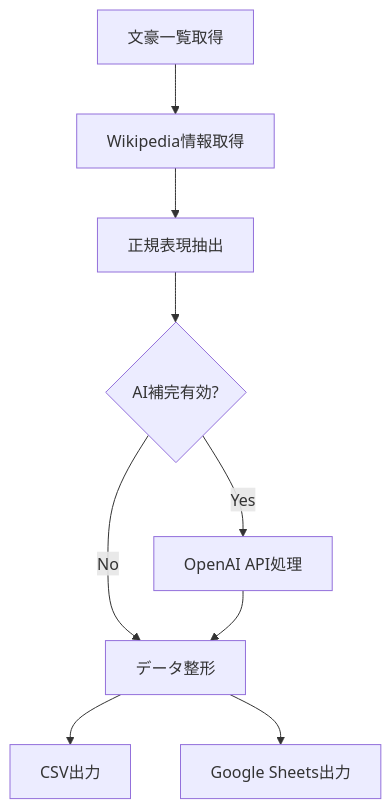
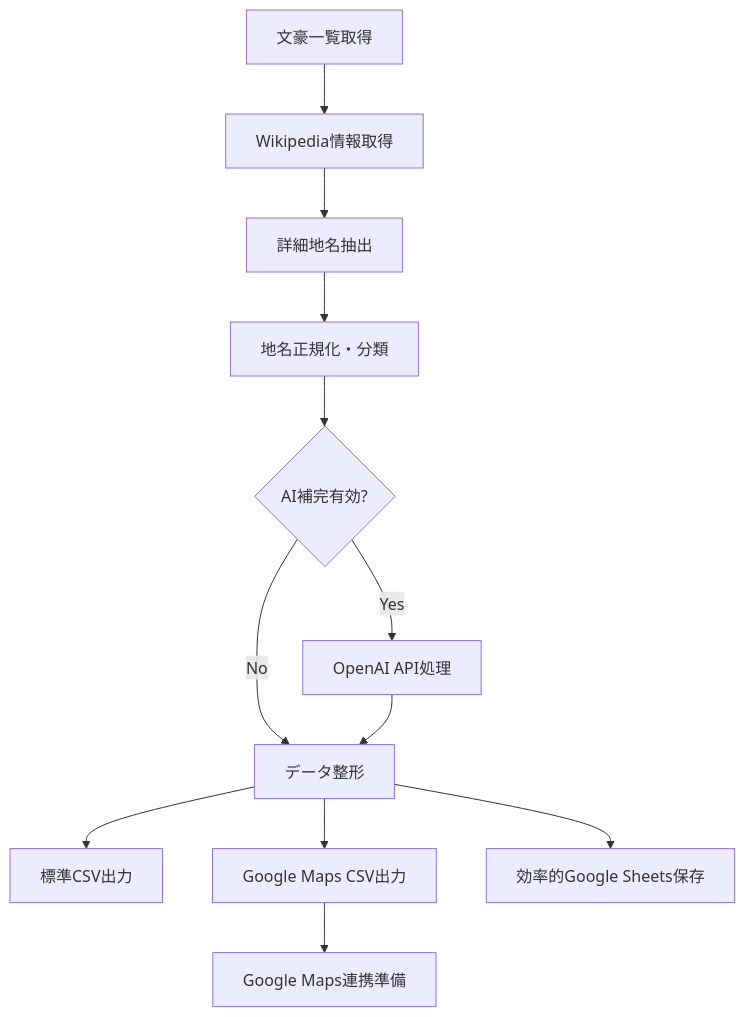
Before and after one commit to m37335/bungo_project: the diagram in README.md, drawn with Mermaid. The commit also changed other lines of this file and 4 other files, not shown here.

Commit message:
詳細住所対応版リリース - Google Maps連携機能実装: 市区町村・記念館・文学施設抽出, Maps準備率78.9%, デュアルCSV出力, インタラクティブ文学地図, 効率的Google Sheets保存, API制限対応バッチ処理

````diff
--- a/README.md
+++ b/README.md
@@ -152,11 +192,14 @@
 ```mermaid
 graph TD
     A[文豪一覧取得] --> B[Wikipedia情報取得]
-    B --> C[正規表現抽出]
-    C --> D{AI補完有効?}
-    D -->|Yes| E[OpenAI API処理]
-    D -->|No| F[データ整形]
-    E --> F
-    F --> G[CSV出力]
-    F --> H[Google Sheets出力]
+    B --> C[詳細地名抽出]
+    C --> D[地名正規化・分類]
+    D --> E{AI補完有効?}
+    E -->|Yes| F[OpenAI API処理]
+    E -->|No| G[データ整形]
+    F --> G
+    G --> H[標準CSV出力]
+    G --> I[Google Maps CSV出力]
+    G --> J[効率的Google Sheets保存]
+    I --> K[Google Maps連携準備]
 ```
````
